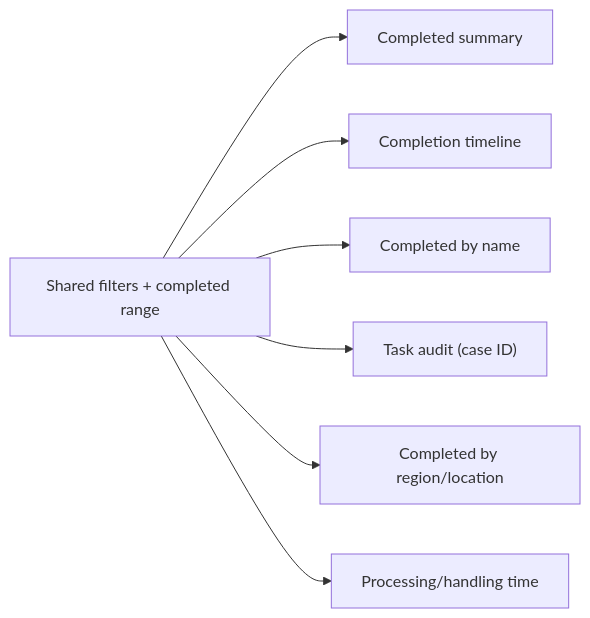
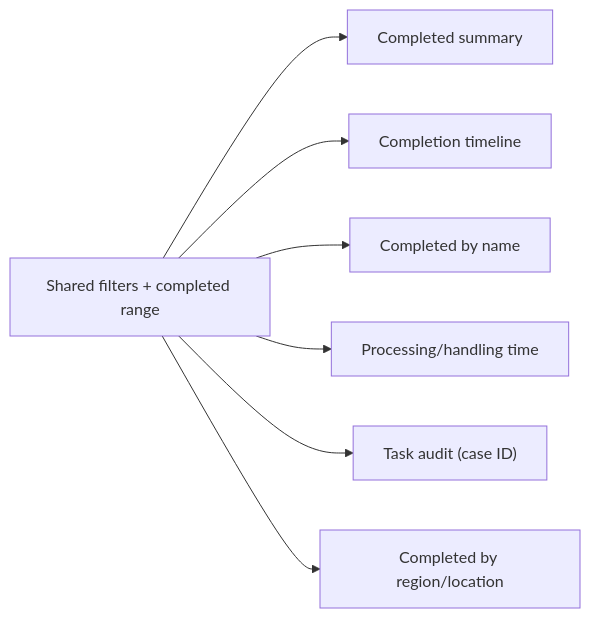
One commit to hmcts/wa-reporting-frontend changed the diagram in docs/functional/completed-dashboard.md. Above: the diagram before and after it, drawn with Mermaid. The commit also changed other lines of this file and 112 other files, not shown here.

````diff
--- a/docs/functional/completed-dashboard.md
+++ b/docs/functional/completed-dashboard.md
@@ -24,9 +24,9 @@
 ```mermaid
 flowchart LR
   Filters["Shared filters + completed range"] --> Summary["Completed summary"]
   Filters --> Timeline["Completion timeline"]
   Filters --> ByName["Completed by name"]
+  Filters --> Times["Processing/handling time"]
   Filters --> Audit["Task audit (case ID)"]
   Filters --> RegionLoc["Completed by region/location"]
-  Filters --> Times["Processing/handling time"]
 ```
````
